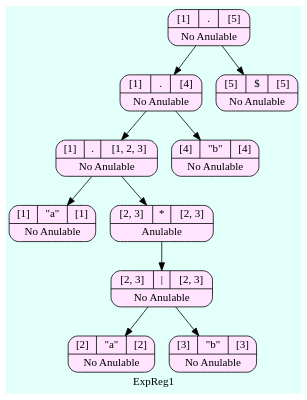
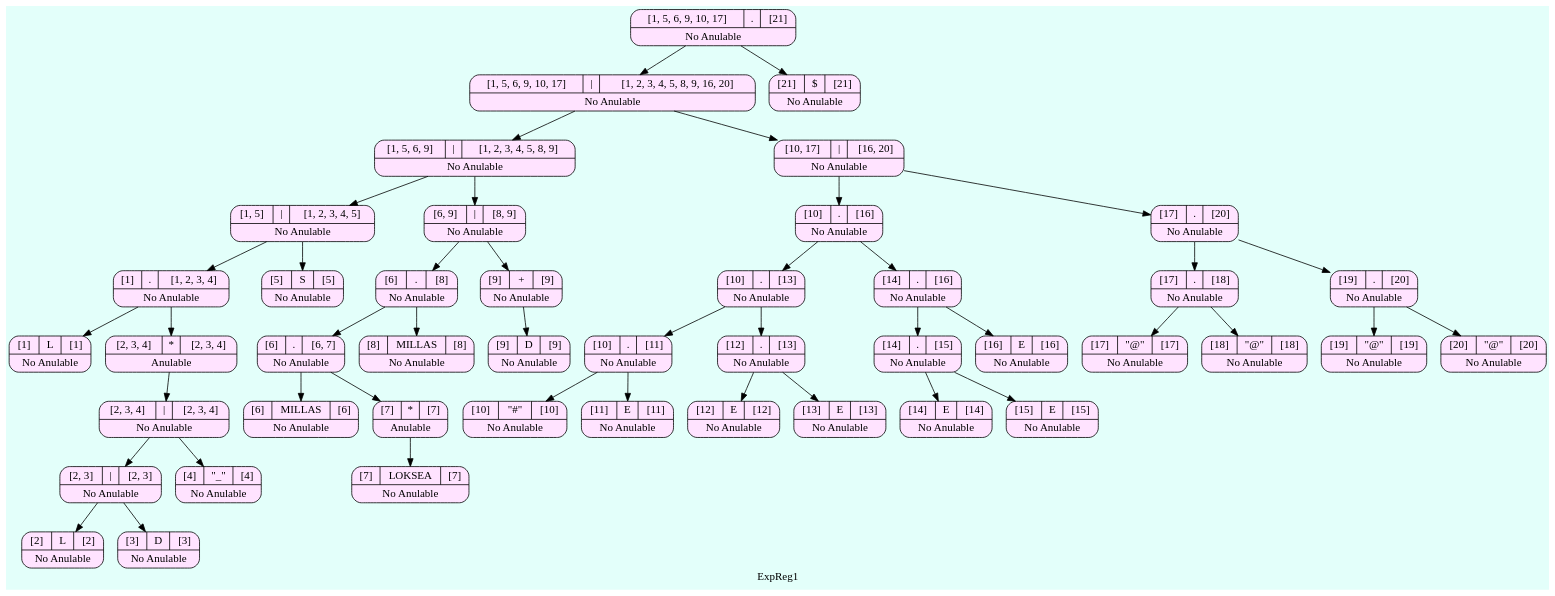
The diagram in ARBOLES_202000119/Arbol_ExpReg1.dot (SergieArizandieta/OLC1-P1-202000119), drawn with Graphviz before and after one commit. The commit also changed 11 other files, not shown here.

```diff
--- a/ARBOLES_202000119/Arbol_ExpReg1.dot
+++ b/ARBOLES_202000119/Arbol_ExpReg1.dot
@@ -1,25 +1,93 @@
 digraph structs {
   bgcolor = "#E3FFFA"
    node [shape=Mrecord fillcolor="#FFE3FF" style =filled];
 label ="ExpReg1"
-    struct1505270596    [label="{{[1]|<here>.|[5]}|No Anulable}"];
-    struct1505270596-> struct196122835
-    struct196122835    [label="{{[1]|<here>.|[4]}|No Anulable}"];
-    struct196122835-> struct1735334730
-    struct1735334730    [label="{{[1]|<here>.|[1, 2, 3]}|No Anulable}"];
-    struct1735334730-> struct1862194853
-    struct1862194853    [label="{{[1]|<here>\"a\"|[1]}|No Anulable}"];
-    struct1735334730-> struct1937838725
-    struct1937838725    [label="{{[2, 3]|<here>*|[2, 3]}|Anulable}"];
-    struct1937838725-> struct2088270374
-    struct2088270374    [label="{{[2, 3]|<here>\||[2, 3]}|No Anulable}"];
-    struct2088270374-> struct1666354088
-    struct1666354088    [label="{{[2]|<here>\"a\"|[2]}|No Anulable}"];
-    struct2088270374-> struct2063671961
-    struct2063671961    [label="{{[3]|<here>\"b\"|[3]}|No Anulable}"];
-    struct196122835-> struct15667782
-    struct15667782    [label="{{[4]|<here>\"b\"|[4]}|No Anulable}"];
-    struct1505270596-> struct1073344823
-    struct1073344823    [label="{{[5]|<here>$|[5]}|No Anulable}"];
+    struct1848203671    [label="{{[1, 5, 6, 9, 10, 17]|<here>.|[21]}|No Anulable}"];
+    struct1848203671-> struct1250863867
+    struct1250863867    [label="{{[1, 5, 6, 9, 10, 17]|<here>\||[1, 2, 3, 4, 5, 8, 9, 16, 20]}|No Anulable}"];
+    struct1250863867-> struct1651133630
+    struct1651133630    [label="{{[1, 5, 6, 9]|<here>\||[1, 2, 3, 4, 5, 8, 9]}|No Anulable}"];
+    struct1651133630-> struct1860400788
+    struct1860400788    [label="{{[1, 5]|<here>\||[1, 2, 3, 4, 5]}|No Anulable}"];
+    struct1860400788-> struct1252159294
+    struct1252159294    [label="{{[1]|<here>.|[1, 2, 3, 4]}|No Anulable}"];
+    struct1252159294-> struct1975832035
+    struct1975832035    [label="{{[1]|<here>L|[1]}|No Anulable}"];
+    struct1252159294-> struct1174102105
+    struct1174102105    [label="{{[2, 3, 4]|<here>*|[2, 3, 4]}|Anulable}"];
+    struct1174102105-> struct811202980
+    struct811202980    [label="{{[2, 3, 4]|<here>\||[2, 3, 4]}|No Anulable}"];
+    struct811202980-> struct1776007950
+    struct1776007950    [label="{{[2, 3]|<here>\||[2, 3]}|No Anulable}"];
+    struct1776007950-> struct983812099
+    struct983812099    [label="{{[2]|<here>L|[2]}|No Anulable}"];
+    struct1776007950-> struct608472742
+    struct608472742    [label="{{[3]|<here>D|[3]}|No Anulable}"];
+    struct811202980-> struct1529861971
+    struct1529861971    [label="{{[4]|<here>\"_\"|[4]}|No Anulable}"];
+    struct1860400788-> struct1872237811
+    struct1872237811    [label="{{[5]|<here>S|[5]}|No Anulable}"];
+    struct1651133630-> struct1272920787
+    struct1272920787    [label="{{[6, 9]|<here>\||[8, 9]}|No Anulable}"];
+    struct1272920787-> struct1265548464
+    struct1265548464    [label="{{[6]|<here>.|[8]}|No Anulable}"];
+    struct1265548464-> struct1860075457
+    struct1860075457    [label="{{[6]|<here>.|[6, 7]}|No Anulable}"];
+    struct1860075457-> struct1104073061
+    struct1104073061    [label="{{[6]|<here>MILLAS|[6]}|No Anulable}"];
+    struct1860075457-> struct1937072685
+    struct1937072685    [label="{{[7]|<here>*|[7]}|Anulable}"];
+    struct1937072685-> struct1296096207
+    struct1296096207    [label="{{[7]|<here>LOKSEA|[7]}|No Anulable}"];
+    struct1265548464-> struct1350407633
+    struct1350407633    [label="{{[8]|<here>MILLAS|[8]}|No Anulable}"];
+    struct1272920787-> struct1737438018
+    struct1737438018    [label="{{[9]|<here>+|[9]}|No Anulable}"];
+    struct1737438018-> struct1060327828
+    struct1060327828    [label="{{[9]|<here>D|[9]}|No Anulable}"];
+    struct1250863867-> struct1952873246
+    struct1952873246    [label="{{[10, 17]|<here>\||[16, 20]}|No Anulable}"];
+    struct1952873246-> struct1216985950
+    struct1216985950    [label="{{[10]|<here>.|[16]}|No Anulable}"];
+    struct1216985950-> struct1451394094
+    struct1451394094    [label="{{[10]|<here>.|[13]}|No Anulable}"];
+    struct1451394094-> struct1931002011
+    struct1931002011    [label="{{[10]|<here>.|[11]}|No Anulable}"];
+    struct1931002011-> struct887225197
+    struct887225197    [label="{{[10]|<here>\"#\"|[10]}|No Anulable}"];
+    struct1931002011-> struct834135524
+    struct834135524    [label="{{[11]|<here>E|[11]}|No Anulable}"];
+    struct1451394094-> struct1935062024
+    struct1935062024    [label="{{[12]|<here>.|[13]}|No Anulable}"];
+    struct1935062024-> struct1191165665
+    struct1191165665    [label="{{[12]|<here>E|[12]}|No Anulable}"];
+    struct1935062024-> struct2113802176
+    struct2113802176    [label="{{[13]|<here>E|[13]}|No Anulable}"];
+    struct1216985950-> struct1944603998
+    struct1944603998    [label="{{[14]|<here>.|[16]}|No Anulable}"];
+    struct1944603998-> struct903365087
+    struct903365087    [label="{{[14]|<here>.|[15]}|No Anulable}"];
+    struct903365087-> struct250341683
+    struct250341683    [label="{{[14]|<here>E|[14]}|No Anulable}"];
+    struct903365087-> struct57046817
+    struct57046817    [label="{{[15]|<here>E|[15]}|No Anulable}"];
+    struct1944603998-> struct852842670
+    struct852842670    [label="{{[16]|<here>E|[16]}|No Anulable}"];
+    struct1952873246-> struct1165238674
+    struct1165238674    [label="{{[17]|<here>.|[20]}|No Anulable}"];
+    struct1165238674-> struct336063102
+    struct336063102    [label="{{[17]|<here>.|[18]}|No Anulable}"];
+    struct336063102-> struct610814112
+    struct610814112    [label="{{[17]|<here>\"@\"|[17]}|No Anulable}"];
+    struct336063102-> struct1012950187
+    struct1012950187    [label="{{[18]|<here>\"@\"|[18]}|No Anulable}"];
+    struct1165238674-> struct1484569092
+    struct1484569092    [label="{{[19]|<here>.|[20]}|No Anulable}"];
+    struct1484569092-> struct1929637743
+    struct1929637743    [label="{{[19]|<here>\"@\"|[19]}|No Anulable}"];
+    struct1484569092-> struct365466855
+    struct365466855    [label="{{[20]|<here>\"@\"|[20]}|No Anulable}"];
+    struct1848203671-> struct707981257
+    struct707981257    [label="{{[21]|<here>$|[21]}|No Anulable}"];
 
 }
```
